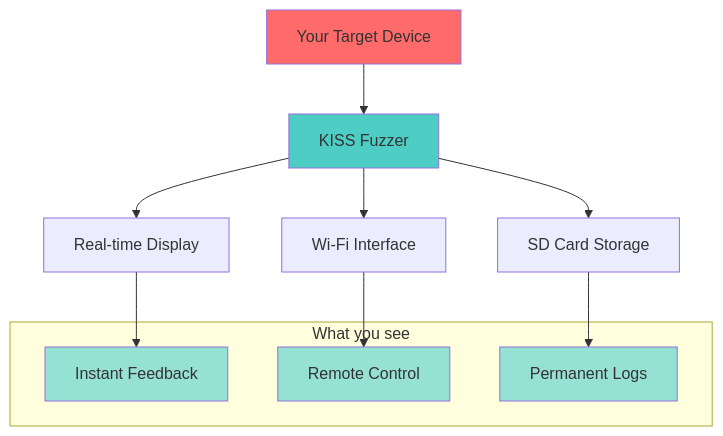
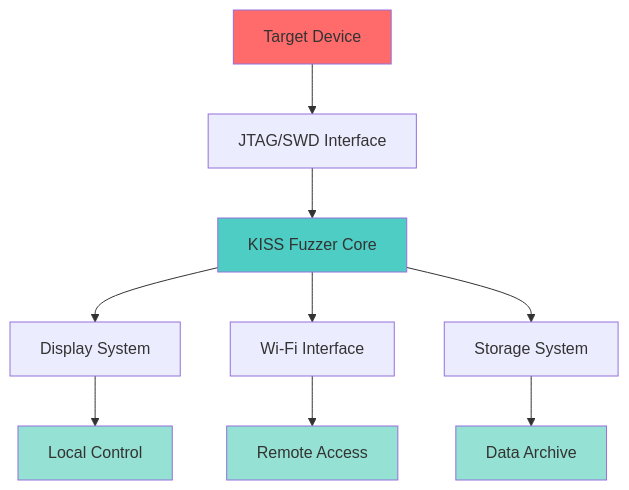
One commit to seedon198/KISS changed the diagram in docs/index.md. Above: the diagram before and after it, drawn with Mermaid. The commit also changed other lines of this file and 5 other files, not shown here.

````diff
--- a/docs/index.md
+++ b/docs/index.md
@@ -44,23 +42,18 @@
 ```{mermaid}
 graph TB
-    A[Your Target Device] --> B[KISS Fuzzer]
-    B --> C[Real-time Display]
-    B --> D[Wi-Fi Interface]
-    B --> E[SD Card Storage]
+    A[Target Device] --> B[JTAG/SWD Interface]
+    B --> C[KISS Fuzzer Core]
+    C --> D[Display System]
+    C --> E[Wi-Fi Interface]
+    C --> F[Storage System]
     
-    C --> F[Instant Feedback]
-    D --> G[Remote Control]
-    E --> H[Permanent Logs]
-    
-    subgraph "What you see"
-        F
-        G
-        H
-    end
+    D --> G[Local Control]
+    E --> H[Remote Access]
+    F --> I[Data Archive]
     
     style A fill:#ff6b6b
-    style B fill:#4ecdc4
-    style F fill:#95e1d3
+    style C fill:#4ecdc4
     style G fill:#95e1d3
     style H fill:#95e1d3
+    style I fill:#95e1d3
 ```
````
